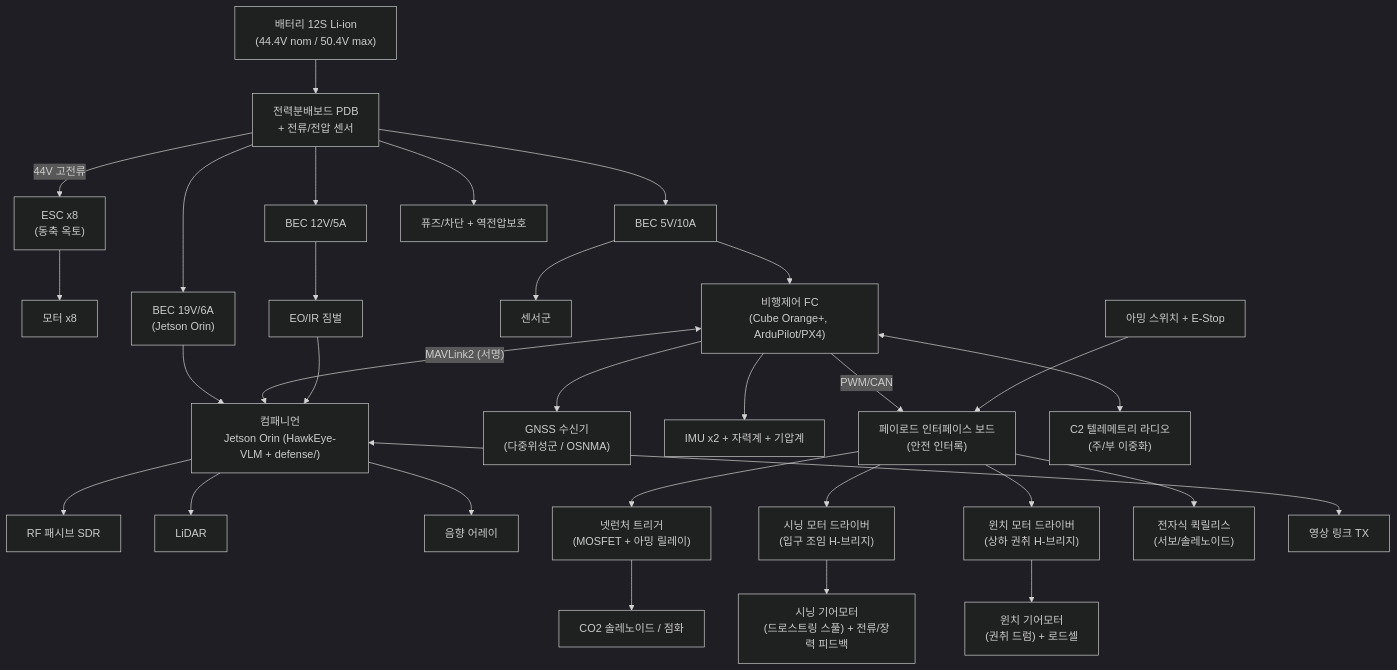
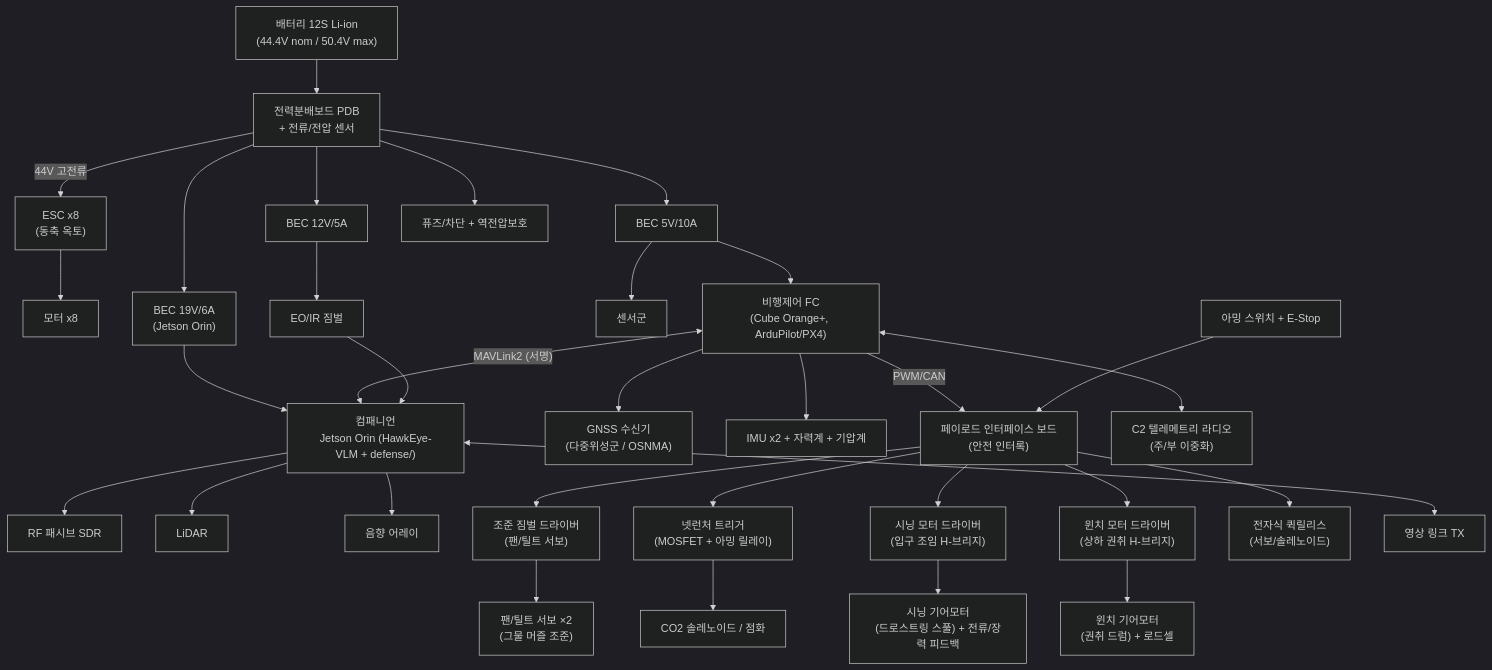
The diagram in docs/06_회로_설계.md (gkjuwon-tech/TaloNet), drawn with Mermaid (dark theme) before and after one commit. The commit also changed other lines of this file and 2 other files, not shown here.

````diff
--- a/docs/06_회로_설계.md
+++ b/docs/06_회로_설계.md
@@ -18,37 +18,39 @@
 ```mermaid
 graph TD
     BATT["배터리 12S Li-ion\n(44.4V nom / 50.4V max)"] --> PDB["전력분배보드 PDB\n+ 전류/전압 센서"]
     PDB -->|44V 고전류| ESC["ESC x8\n(동축 옥토)"]
     ESC --> MOT["모터 x8"]
     PDB --> BEC5["BEC 5V/10A"]
     PDB --> BEC12["BEC 12V/5A"]
     PDB --> BEC19["BEC 19V/6A\n(Jetson Orin)"]
 
     BEC5 --> FC["비행제어 FC\n(Cube Orange+, ArduPilot/PX4)"]
     BEC19 --> COMP["컴패니언\nJetson Orin (HawkEye-VLM + defense/)"]
     BEC5 --> SENS["센서군"]
     BEC12 --> GIMBAL["EO/IR 짐벌"]
 
     FC <-->|"MAVLink2 (서명)"| COMP
     FC --> GNSS["GNSS 수신기\n(다중위성군 / OSNMA)"]
     FC --> IMU["IMU x2 + 자력계 + 기압계"]
     COMP --> RFSDR["RF 패시브 SDR"]
     COMP --> LIDAR["LiDAR"]
     COMP --> ACOUS["음향 어레이"]
     GIMBAL --> COMP
 
     FC -->|PWM/CAN| PAYIO["페이로드 인터페이스 보드\n(안전 인터록)"]
+    PAYIO --> AIM["조준 짐벌 드라이버\n(팬/틸트 서보)"]
     PAYIO --> NETMOS["넷런처 트리거\n(MOSFET + 아밍 릴레이)"]
     PAYIO --> CINCH["시닝 모터 드라이버\n(입구 조임 H-브리지)"]
     PAYIO --> WINCH["윈치 모터 드라이버\n(상하 권취 H-브리지)"]
     PAYIO --> RELEASE["전자식 퀵릴리스\n(서보/솔레노이드)"]
+    AIM --> AIMSV["팬/틸트 서보 ×2\n(그물 머즐 조준)"]
     NETMOS --> NETDEV["CO2 솔레노이드 / 점화"]
     CINCH --> CINCHM["시닝 기어모터\n(드로스트링 스풀) + 전류/장력 피드백"]
     WINCH --> WINCHM["윈치 기어모터\n(권취 드럼) + 로드셀"]
 
     FC <--> C2["C2 텔레메트리 라디오\n(주/부 이중화)"]
     COMP <--> VTX["영상 링크 TX"]
 
     ARM["아밍 스위치 + E-Stop"] --> PAYIO
     PDB --> FUSE["퓨즈/차단 + 역전압보호"]
 ```
````
